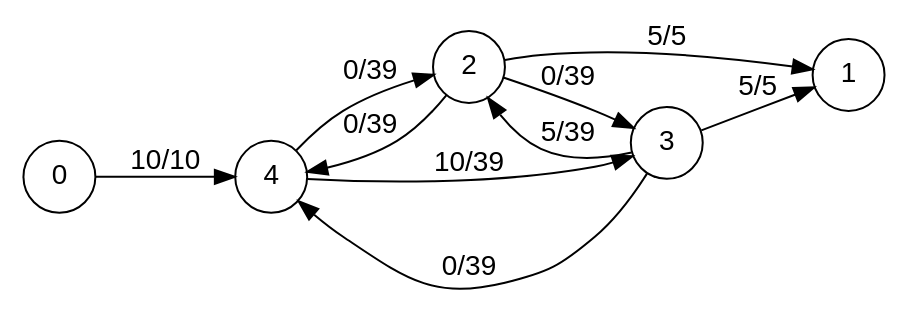
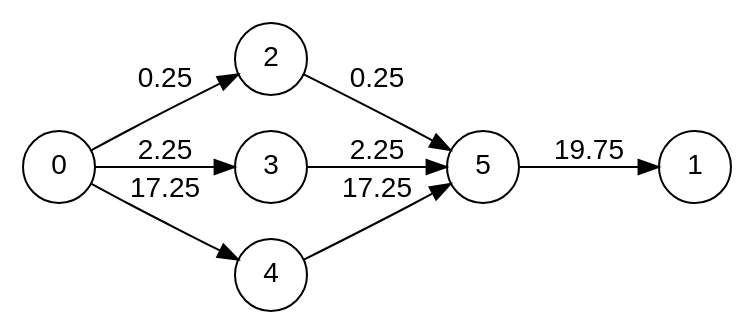
One commit to nicolasmggRigal/Ford-Fulkerson-OCaml changed the diagram in graph.gv. Above: the diagram before and after it, drawn with Graphviz. The commit also changed 8 other files, not shown here.

```diff
--- a/graph.gv
+++ b/graph.gv
@@ -1,16 +1,14 @@
 digraph outgraph {
 		fontname="Helvetica,Arial,sans-serif"
 		node [fontname="Helvetica,Arial,sans-serif"]
 		edge [fontname="Helvetica,Arial,sans-serif"]
 		rankdir=LR;
-		node [shape = circle]; 0 1 2 3 4
-	2 -> 3 [label = "0/39"];
-	2 -> 4 [label = "0/39"];
-	2 -> 1 [label = "5/5"];
-	3 -> 2 [label = "5/39"];
-	3 -> 4 [label = "0/39"];
-	3 -> 1 [label = "5/5"];
-	4 -> 2 [label = "0/39"];
-	4 -> 3 [label = "10/39"];
-	0 -> 4 [label = "10/10"];
+		node [shape = circle]; 0 1 2 3 4 5
+	2 -> 5 [label = "0.25"];
+	3 -> 5 [label = "2.25"];
+	4 -> 5 [label = "17.25"];
+	5 -> 1 [label = "19.75"];
+	0 -> 2 [label = "0.25"];
+	0 -> 3 [label = "2.25"];
+	0 -> 4 [label = "17.25"];
 }
```
